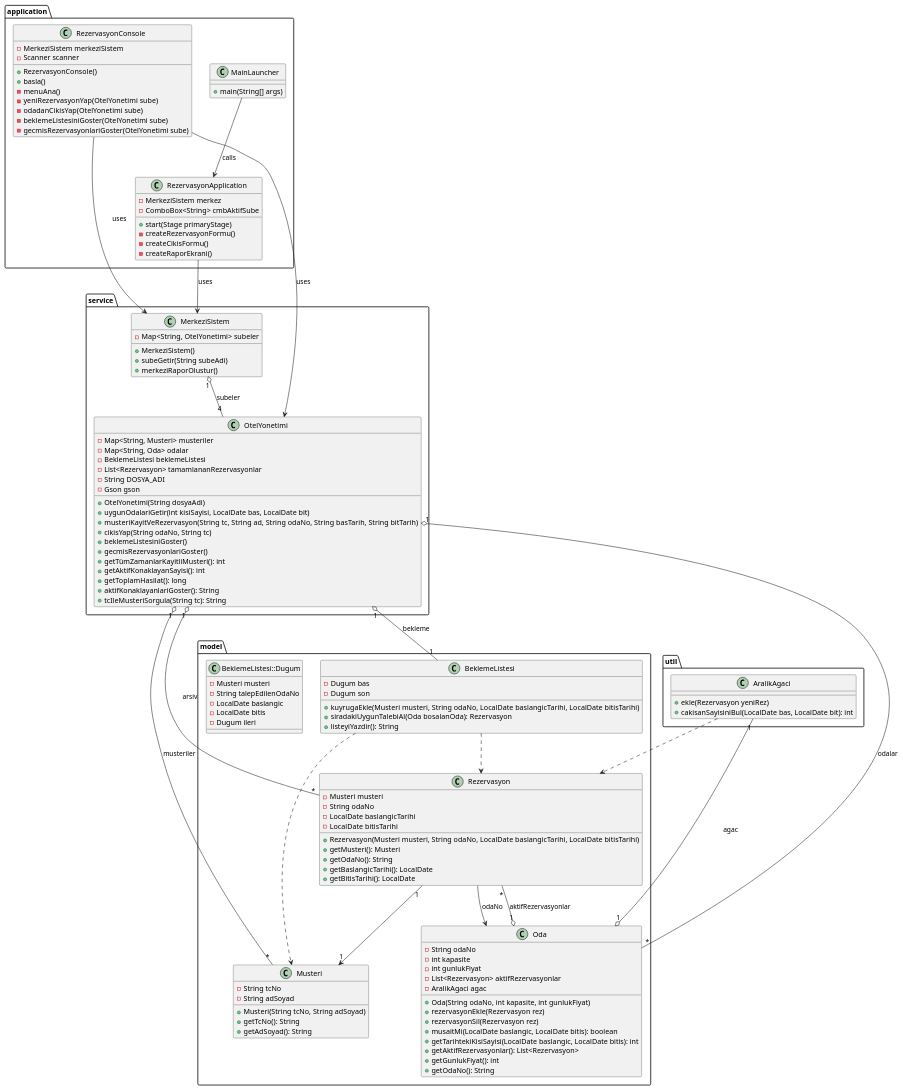
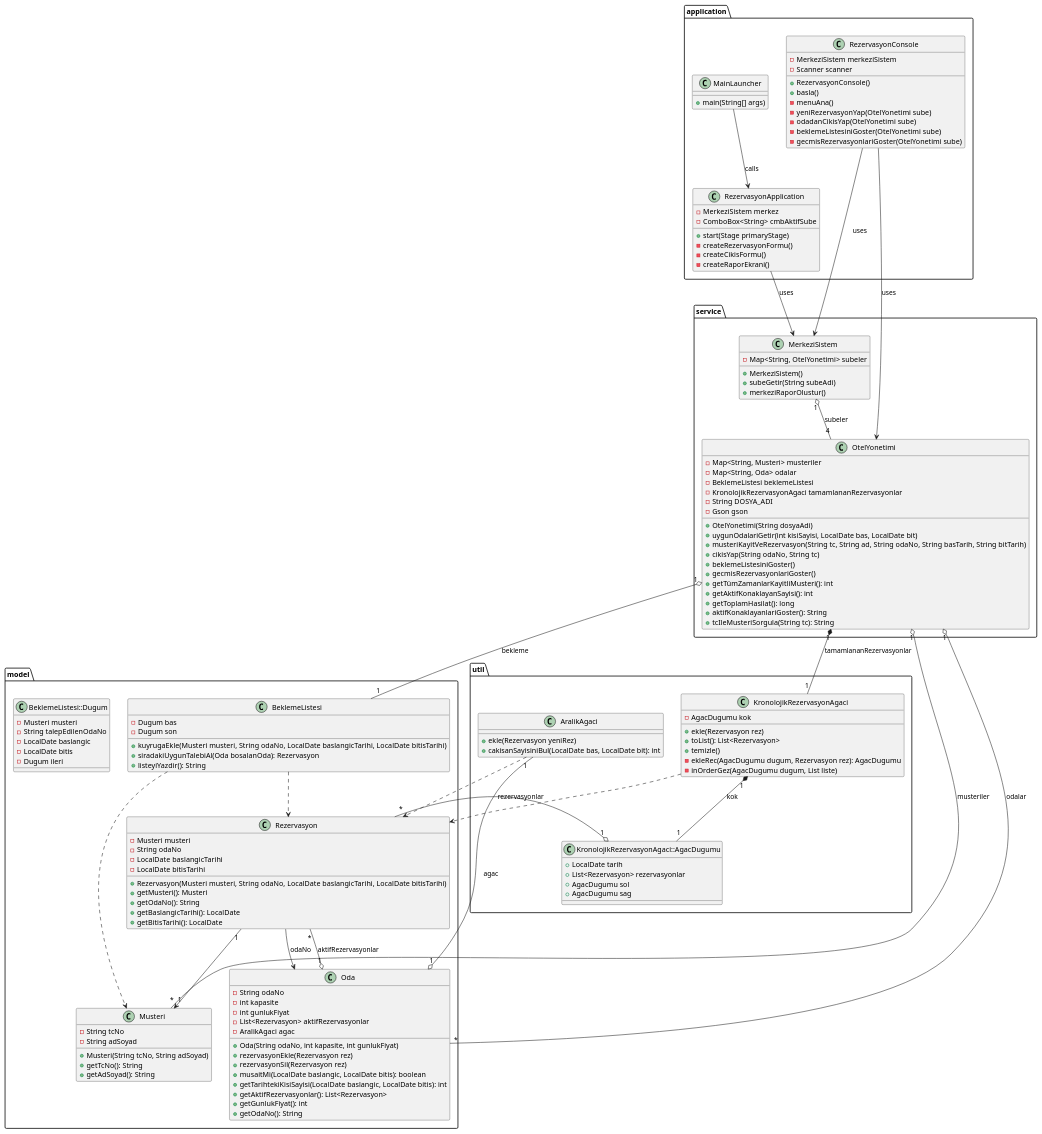
The diagram in src/UML/class-diagram.puml (ismail-cankaya/e-otel-rezervasyon), drawn with PlantUML before and after one commit. The commit also changed 4 other files, not shown here.

```diff
--- a/src/UML/class-diagram.puml
+++ b/src/UML/class-diagram.puml
@@ -1,130 +1,147 @@
 @startuml
 
 package application {
   class MainLauncher {
     +main(String[] args)
   }
   class RezervasyonApplication {
     -MerkeziSistem merkez
     -ComboBox<String> cmbAktifSube
     +start(Stage primaryStage)
     -createRezervasyonFormu()
     -createCikisFormu()
     -createRaporEkrani()
   }
   class RezervasyonConsole {
     -MerkeziSistem merkeziSistem
     -Scanner scanner
     +RezervasyonConsole()
     +basla()
     -menuAna()
     -yeniRezervasyonYap(OtelYonetimi sube)
     -odadanCikisYap(OtelYonetimi sube)
     -beklemeListesiniGoster(OtelYonetimi sube)
     -gecmisRezervasyonlariGoster(OtelYonetimi sube)
   }
 }
 
 package service {
-  class MerkeziSistem {
-    -Map<String, OtelYonetimi> subeler
-    +MerkeziSistem()
-    +subeGetir(String subeAdi)
-    +merkeziRaporOlustur()
-  }
-  class OtelYonetimi {
-    -Map<String, Musteri> musteriler
-    -Map<String, Oda> odalar
-    -BeklemeListesi beklemeListesi
-    -List<Rezervasyon> tamamlananRezervasyonlar
-    -String DOSYA_ADI
-    -Gson gson
-    +OtelYonetimi(String dosyaAdi)
-    +uygunOdalariGetir(int kisiSayisi, LocalDate bas, LocalDate bit)
-    +musteriKayitVeRezervasyon(String tc, String ad, String odaNo, String basTarih, String bitTarih)
-    +cikisYap(String odaNo, String tc)
-    +beklemeListesiniGoster()
-    +gecmisRezervasyonlariGoster()
-    +getTümZamanlarKayitliMusteri(): int
-    +getAktifKonaklayanSayisi(): int
-    +getToplamHasilat(): long
-    +aktifKonaklayanlariGoster(): String
-    +tcIleMusteriSorgula(String tc): String
-  }
+   class MerkeziSistem {
+     -Map<String, OtelYonetimi> subeler
+     +MerkeziSistem()
+     +subeGetir(String subeAdi)
+     +merkeziRaporOlustur()
+   }
+   class OtelYonetimi {
+     -Map<String, Musteri> musteriler
+     -Map<String, Oda> odalar
+     -BeklemeListesi beklemeListesi
+     -KronolojikRezervasyonAgaci tamamlananRezervasyonlar
+     -String DOSYA_ADI
+     -Gson gson
+     +OtelYonetimi(String dosyaAdi)
+     +uygunOdalariGetir(int kisiSayisi, LocalDate bas, LocalDate bit)
+     +musteriKayitVeRezervasyon(String tc, String ad, String odaNo, String basTarih, String bitTarih)
+     +cikisYap(String odaNo, String tc)
+     +beklemeListesiniGoster()
+     +gecmisRezervasyonlariGoster()
+     +getTümZamanlarKayitliMusteri(): int
+     +getAktifKonaklayanSayisi(): int
+     +getToplamHasilat(): long
+     +aktifKonaklayanlariGoster(): String
+     +tcIleMusteriSorgula(String tc): String
+   }
 }
 
 package model {
   class Musteri {
     -String tcNo
     -String adSoyad
     +Musteri(String tcNo, String adSoyad)
     +getTcNo(): String
     +getAdSoyad(): String
   }
   class Rezervasyon {
     -Musteri musteri
     -String odaNo
     -LocalDate baslangicTarihi
     -LocalDate bitisTarihi
     +Rezervasyon(Musteri musteri, String odaNo, LocalDate baslangicTarihi, LocalDate bitisTarihi)
     +getMusteri(): Musteri
     +getOdaNo(): String
     +getBaslangicTarihi(): LocalDate
     +getBitisTarihi(): LocalDate
   }
   class Oda {
     -String odaNo
     -int kapasite
     -int gunlukFiyat
     -List<Rezervasyon> aktifRezervasyonlar
     -AralikAgaci agac
     +Oda(String odaNo, int kapasite, int gunlukFiyat)
     +rezervasyonEkle(Rezervasyon rez)
     +rezervasyonSil(Rezervasyon rez)
     +musaitMi(LocalDate baslangic, LocalDate bitis): boolean
     +getTarihtekiKisiSayisi(LocalDate baslangic, LocalDate bitis): int
     +getAktifRezervasyonlar(): List<Rezervasyon>
     +getGunlukFiyat(): int
     +getOdaNo(): String
   }
   class BeklemeListesi {
     -Dugum bas
     -Dugum son
     +kuyrugaEkle(Musteri musteri, String odaNo, LocalDate baslangicTarihi, LocalDate bitisTarihi)
     +siradakiUygunTalebiAl(Oda bosalanOda): Rezervasyon
     +listeyiYazdir(): String
   }
   class BeklemeListesi::Dugum {
     -Musteri musteri
     -String talepEdilenOdaNo
     -LocalDate baslangic
     -LocalDate bitis
     -Dugum ileri
   }
 }
 
 package util {
-  class AralikAgaci {
-    +ekle(Rezervasyon yeniRez)
-    +cakisanSayisiniBul(LocalDate bas, LocalDate bit): int
-  }
+   class AralikAgaci {
+     +ekle(Rezervasyon yeniRez)
+     +cakisanSayisiniBul(LocalDate bas, LocalDate bit): int
+   }
+   class KronolojikRezervasyonAgaci {
+     -AgacDugumu kok
+     +ekle(Rezervasyon rez)
+     +toList(): List<Rezervasyon>
+     +temizle()
+     -ekleRec(AgacDugumu dugum, Rezervasyon rez): AgacDugumu
+     -inOrderGez(AgacDugumu dugum, List liste)
+   }
+   class KronolojikRezervasyonAgaci::AgacDugumu {
+     +LocalDate tarih
+     +List<Rezervasyon> rezervasyonlar
+     +AgacDugumu sol
+     +AgacDugumu sag
+   }
 }
 
 MainLauncher --> RezervasyonApplication : calls
 RezervasyonApplication --> MerkeziSistem : uses
 RezervasyonConsole --> MerkeziSistem : uses
 RezervasyonConsole --> OtelYonetimi : uses
 MerkeziSistem "1" o-- "4" OtelYonetimi : subeler
 OtelYonetimi "1" o-- "*" Oda : odalar
 OtelYonetimi "1" o-- "*" Musteri : musteriler
 OtelYonetimi "1" o-- "1" BeklemeListesi : bekleme
-OtelYonetimi "1" o-- "*" Rezervasyon : arsiv
+OtelYonetimi "1" *-- "1" KronolojikRezervasyonAgaci : tamamlananRezervasyonlar
+KronolojikRezervasyonAgaci "1" *-- "1" KronolojikRezervasyonAgaci::AgacDugumu : kok
+KronolojikRezervasyonAgaci::AgacDugumu "1" o-- "*" Rezervasyon : rezervasyonlar
 Oda "1" o-- "*" Rezervasyon : aktifRezervasyonlar
 Oda "1" o-- "1" AralikAgaci : agac
 Rezervasyon "1" --> "1" Musteri
 Rezervasyon --> Oda : odaNo
 BeklemeListesi ..> Musteri
 BeklemeListesi ..> Rezervasyon
 AralikAgaci ..> Rezervasyon
+KronolojikRezervasyonAgaci ..> Rezervasyon
 
 @enduml
```
